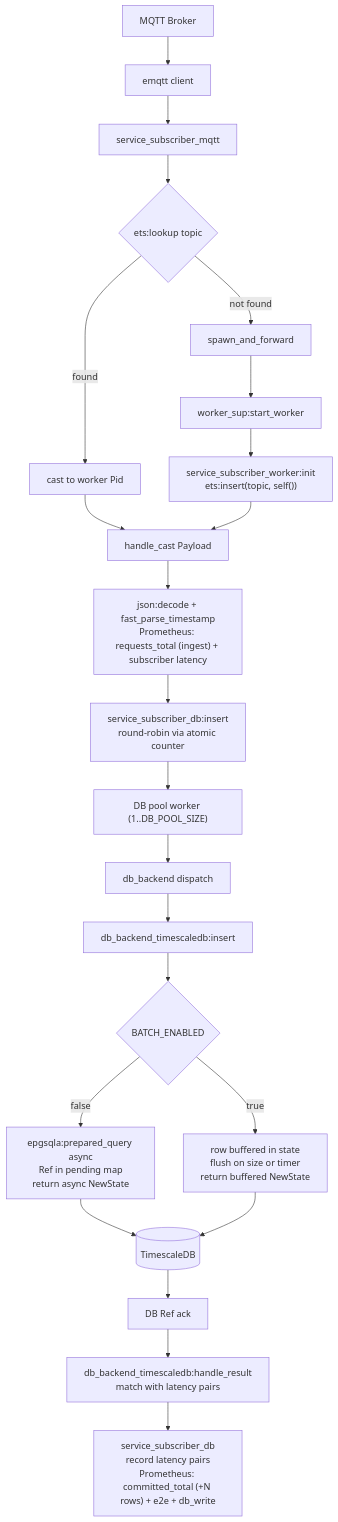
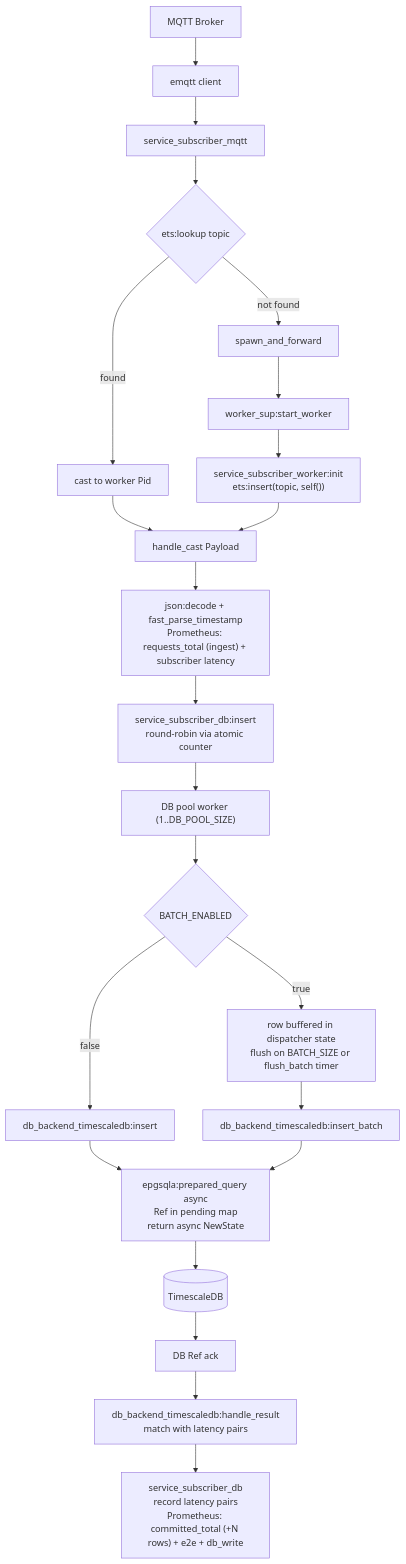
One commit to TomSpyropoulos/actor-erlang changed the diagram in service_subscriber/README.md. Above: the diagram before and after it, drawn with Mermaid. The commit also changed other lines of this file and 3 other files, not shown here.

````diff
--- a/service_subscriber/README.md
+++ b/service_subscriber/README.md
@@ -21,24 +21,24 @@
 ```mermaid
 flowchart TD
     A[MQTT Broker] --> B[emqtt client] --> C[service_subscriber_mqtt]
     C --> D{ets:lookup topic}
     D -->|found| E[cast to worker Pid]
     D -->|not found| F[spawn_and_forward]
     F --> G[worker_sup:start_worker]
     G --> H["service_subscriber_worker:init\nets:insert(topic, self())"]
     E --> I[handle_cast Payload]
     H --> I
     I --> J["json:decode + fast_parse_timestamp\nPrometheus: requests_total (ingest) + subscriber latency"]
     J --> K["service_subscriber_db:insert\nround-robin via atomic counter"]
     K --> L["DB pool worker (1..DB_POOL_SIZE)"]
-    L --> M[db_backend dispatch]
-    M --> N[db_backend_timescaledb:insert]
-    N --> O{BATCH_ENABLED}
-    O -->|false| P["epgsqla:prepared_query async\nRef in pending map\nreturn async NewState"]
-    O -->|true| Q["row buffered in state\nflush on size or timer\nreturn buffered NewState"]
-    P --> R[(TimescaleDB)]
-    Q --> R
+    L --> M{BATCH_ENABLED}
+    M -->|false| N["db_backend_timescaledb:insert"]
+    M -->|true| O["row buffered in dispatcher state\nflush on BATCH_SIZE or flush_batch timer"]
+    O --> P["db_backend_timescaledb:insert_batch"]
+    N --> Q["epgsqla:prepared_query async\nRef in pending map\nreturn async NewState"]
+    P --> Q
+    Q --> R[(TimescaleDB)]
     R --> S[DB Ref ack]
     S --> T["db_backend_timescaledb:handle_result\nmatch with latency pairs"]
     T --> U["service_subscriber_db\nrecord latency pairs\nPrometheus: committed_total (+N rows) + e2e + db_write"]
 ```
````
